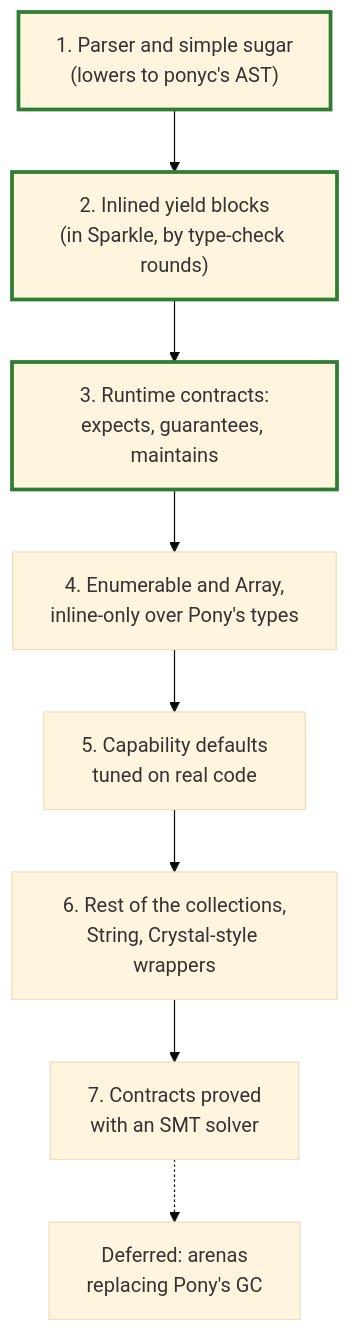
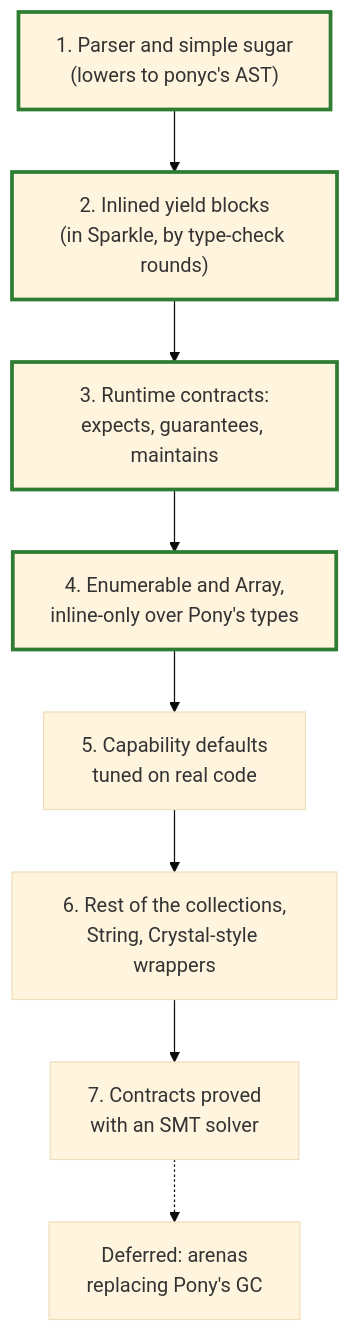
The fourth of 6 diagrams in DESIGN.md (nogginly/sparkle), drawn with Mermaid (base theme) before and after one commit. The commit also changed other lines of this file and 5 other files, not shown here.

````diff
--- a/DESIGN.md
+++ b/DESIGN.md
@@ -163,13 +163,14 @@
 ```mermaid
 flowchart TD
     S1["1. Parser and simple sugar<br/>(lowers to ponyc's AST)"] --> S2["2. Inlined yield blocks<br/>(in Sparkle, by type-check rounds)"]
     S2 --> S3["3. Runtime contracts:<br/>expects, guarantees, maintains"]
     S3 --> S4["4. Enumerable and Array,<br/>inline-only over Pony's types"]
     S4 --> S5["5. Capability defaults<br/>tuned on real code"]
     S5 --> S6["6. Rest of the collections,<br/>String, Crystal-style wrappers"]
     S6 --> S7["7. Contracts proved<br/>with an SMT solver"]
     S7 -.-> S8["Deferred: arenas<br/>replacing Pony's GC"]
     style S1 stroke:#2e7d32,stroke-width:3px
     style S2 stroke:#2e7d32,stroke-width:3px
     style S3 stroke:#2e7d32,stroke-width:3px
+    style S4 stroke:#2e7d32,stroke-width:3px
 ```
````
